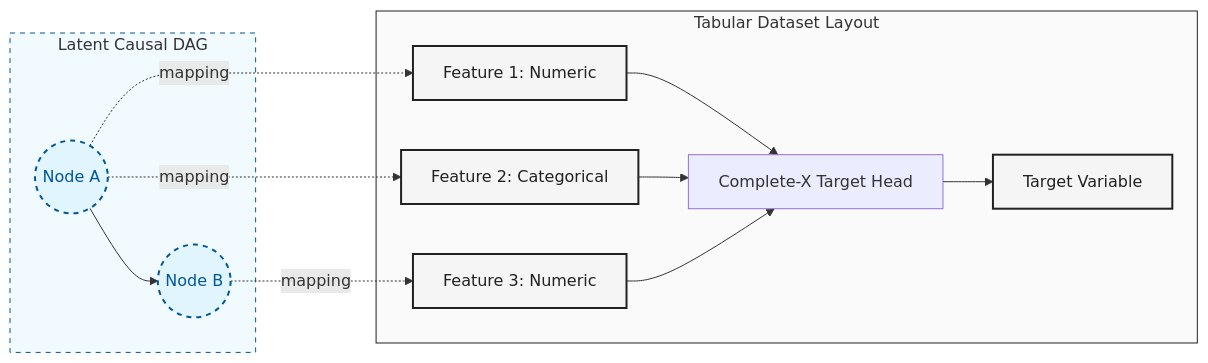
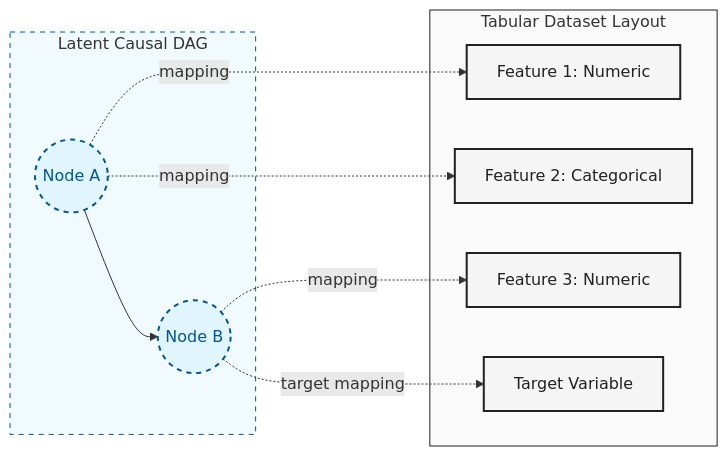
Before and after one commit to bensonlee5/cauchy-generator: the second of 2 diagrams in README.md, drawn with Mermaid. The commit also changed other lines of this file and 83 other files, not shown here.

````diff
--- a/README.md
+++ b/README.md
@@ -43,31 +42,27 @@
 ```mermaid
 flowchart LR
     classDef latent fill:#e1f5fe,stroke:#01579b,stroke-width:2px,color:#01579b,stroke-dasharray: 5 5
     classDef observable fill:#f5f5f5,stroke:#212121,stroke-width:2px,color:#212121
 
     subgraph LatentSpace [Latent Causal DAG]
         NodeA((Node A)) --> NodeB((Node B))
     end
 
     subgraph ObservableSpace [Tabular Dataset Layout]
         Feat1[Feature 1: Numeric]
         Feat2[Feature 2: Categorical]
         Feat3[Feature 3: Numeric]
-        Head[Complete-X Target Head]
         Target[Target Variable]
     end
 
     NodeA -. mapping .-> Feat1
     NodeA -. mapping .-> Feat2
     NodeB -. mapping .-> Feat3
-    Feat1 --> Head
-    Feat2 --> Head
-    Feat3 --> Head
-    Head --> Target
+    NodeB -. target mapping .-> Target
 
     class NodeA,NodeB latent
     class Feat1,Feat2,Feat3,Target observable
 
     style LatentSpace fill:#f0faff,stroke:#01579b,stroke-dasharray: 5 5
     style ObservableSpace fill:#fafafa,stroke:#212121
 ```
````
